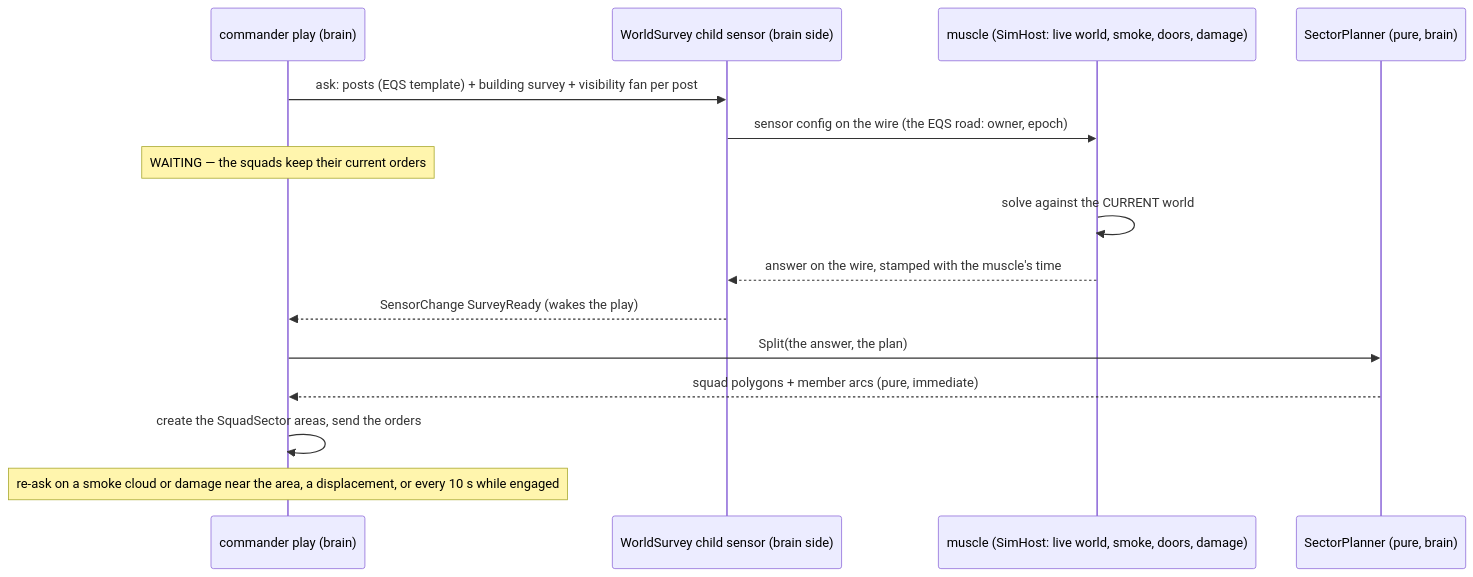
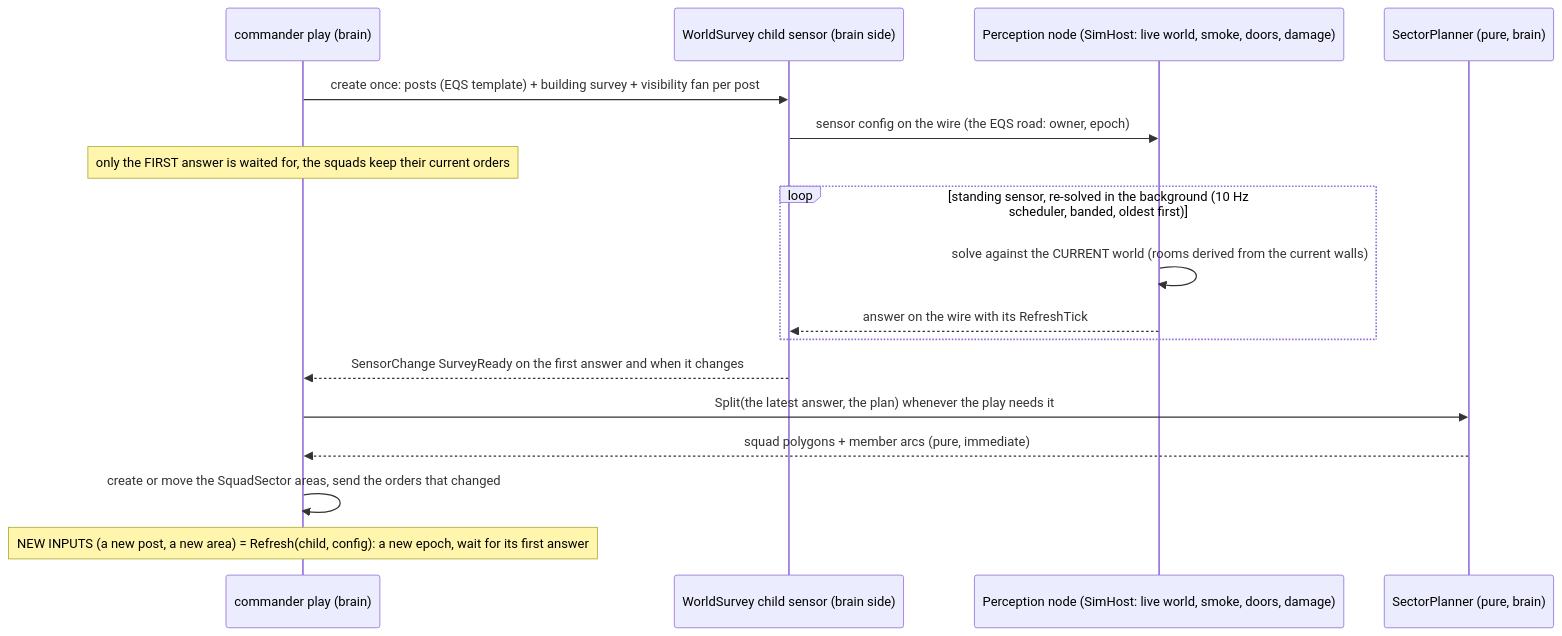
The ninth of 10 diagrams in docs/designs/group-maneuvers/DESIGN_Defend_And_Attack_Position.md (pjanec/HROT), drawn with Mermaid before and after one commit. The commit also changed other lines of this file and 3 other files, not shown here.

First line of the commit message:
docs(behaviors): R-2038 DA-24 approved; the survey is a standing sensor, rooms are derived by the sensor

````diff
--- a/docs/designs/group-maneuvers/DESIGN_Defend_And_Attack_Position.md
+++ b/docs/designs/group-maneuvers/DESIGN_Defend_And_Attack_Position.md
@@ -468,17 +472,19 @@
 ```mermaid
 sequenceDiagram
   participant C as commander play (brain)
   participant S as WorldSurvey child sensor (brain side)
-  participant M as muscle (SimHost: live world, smoke, doors, damage)
+  participant M as Perception node (SimHost: live world, smoke, doors, damage)
   participant P as SectorPlanner (pure, brain)
-  C->>S: ask: posts (EQS template) + building survey + visibility fan per post
+  C->>S: create once: posts (EQS template) + building survey + visibility fan per post
   S->>M: sensor config on the wire (the EQS road: owner, epoch)
-  Note over C: WAITING — the squads keep their current orders
-  M->>M: solve against the CURRENT world
-  M-->>S: answer on the wire, stamped with the muscle's time
-  S-->>C: SensorChange SurveyReady (wakes the play)
-  C->>P: Split(the answer, the plan)
+  Note over C: only the FIRST answer is waited for, the squads keep their current orders
+  loop standing sensor, re-solved in the background (10 Hz scheduler, banded, oldest first)
+    M->>M: solve against the CURRENT world (rooms derived from the current walls)
+    M-->>S: answer on the wire with its RefreshTick
+  end
+  S-->>C: SensorChange SurveyReady on the first answer and when it changes
+  C->>P: Split(the latest answer, the plan) whenever the play needs it
   P-->>C: squad polygons + member arcs (pure, immediate)
-  C->>C: create the SquadSector areas, send the orders
-  Note over C: re-ask on a smoke cloud or damage near the area, a displacement, or every 10 s while engaged
+  C->>C: create or move the SquadSector areas, send the orders that changed
+  Note over C: NEW INPUTS (a new post, a new area) = Refresh(child, config): a new epoch, wait for its first answer
 ```
````
